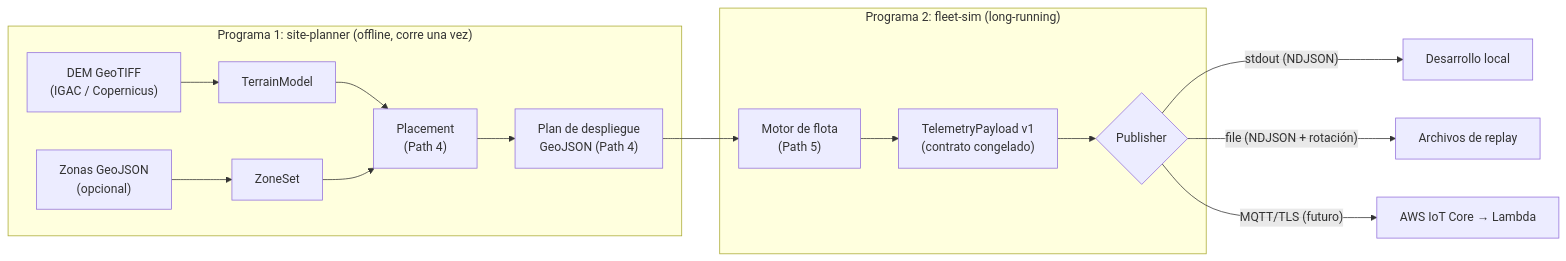
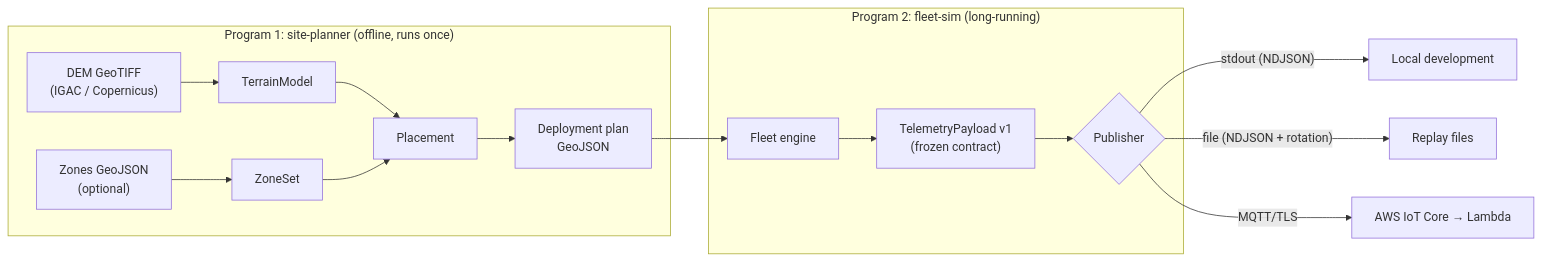
One commit to jssutachan/PyroSense-Simulator changed the diagram in docs/architecture.md. Above: the diagram before and after it, drawn with Mermaid. The commit also changed other lines of this file and 5 other files, not shown here.

````diff
--- a/docs/architecture.md
+++ b/docs/architecture.md
@@ -23,20 +25,20 @@
 ```mermaid
 flowchart LR
-    subgraph offline["Programa 1: site-planner (offline, corre una vez)"]
+    subgraph offline["Program 1: site-planner (offline, runs once)"]
         DEM["DEM GeoTIFF<br/>(IGAC / Copernicus)"] --> TM[TerrainModel]
-        GJ["Zonas GeoJSON<br/>(opcional)"] --> ZS[ZoneSet]
-        TM --> PL["Placement<br/>(Path 4)"]
+        GJ["Zones GeoJSON<br/>(optional)"] --> ZS[ZoneSet]
+        TM --> PL["Placement"]
         ZS --> PL
-        PL --> PLAN["Plan de despliegue<br/>GeoJSON (Path 4)"]
+        PL --> PLAN["Deployment plan<br/>GeoJSON"]
     end
 
-    subgraph online["Programa 2: fleet-sim (long-running)"]
-        PLAN --> FE["Motor de flota<br/>(Path 5)"]
-        FE --> TP["TelemetryPayload v1<br/>(contrato congelado)"]
+    subgraph online["Program 2: fleet-sim (long-running)"]
+        PLAN --> FE["Fleet engine"]
+        FE --> TP["TelemetryPayload v1<br/>(frozen contract)"]
         TP --> PUB{Publisher}
     end
 
-    PUB -->|"stdout (NDJSON)"| DEV["Desarrollo local"]
-    PUB -->|"file (NDJSON + rotación)"| REPLAY["Archivos de replay"]
-    PUB -->|"MQTT/TLS (futuro)"| AWS["AWS IoT Core → Lambda"]
+    PUB -->|"stdout (NDJSON)"| DEV["Local development"]
+    PUB -->|"file (NDJSON + rotation)"| REPLAY["Replay files"]
+    PUB -->|"MQTT/TLS"| AWS["AWS IoT Core → Lambda"]
 ```
````
